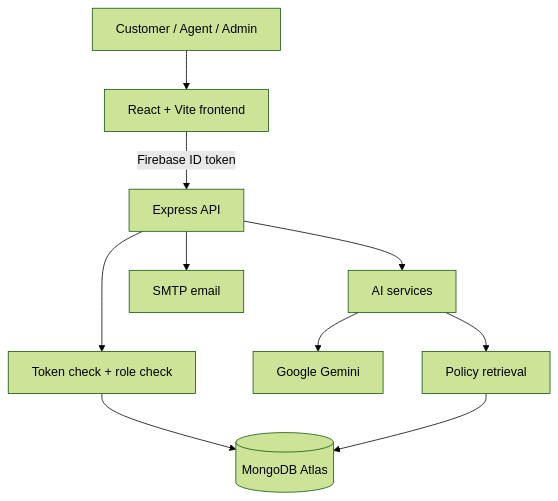
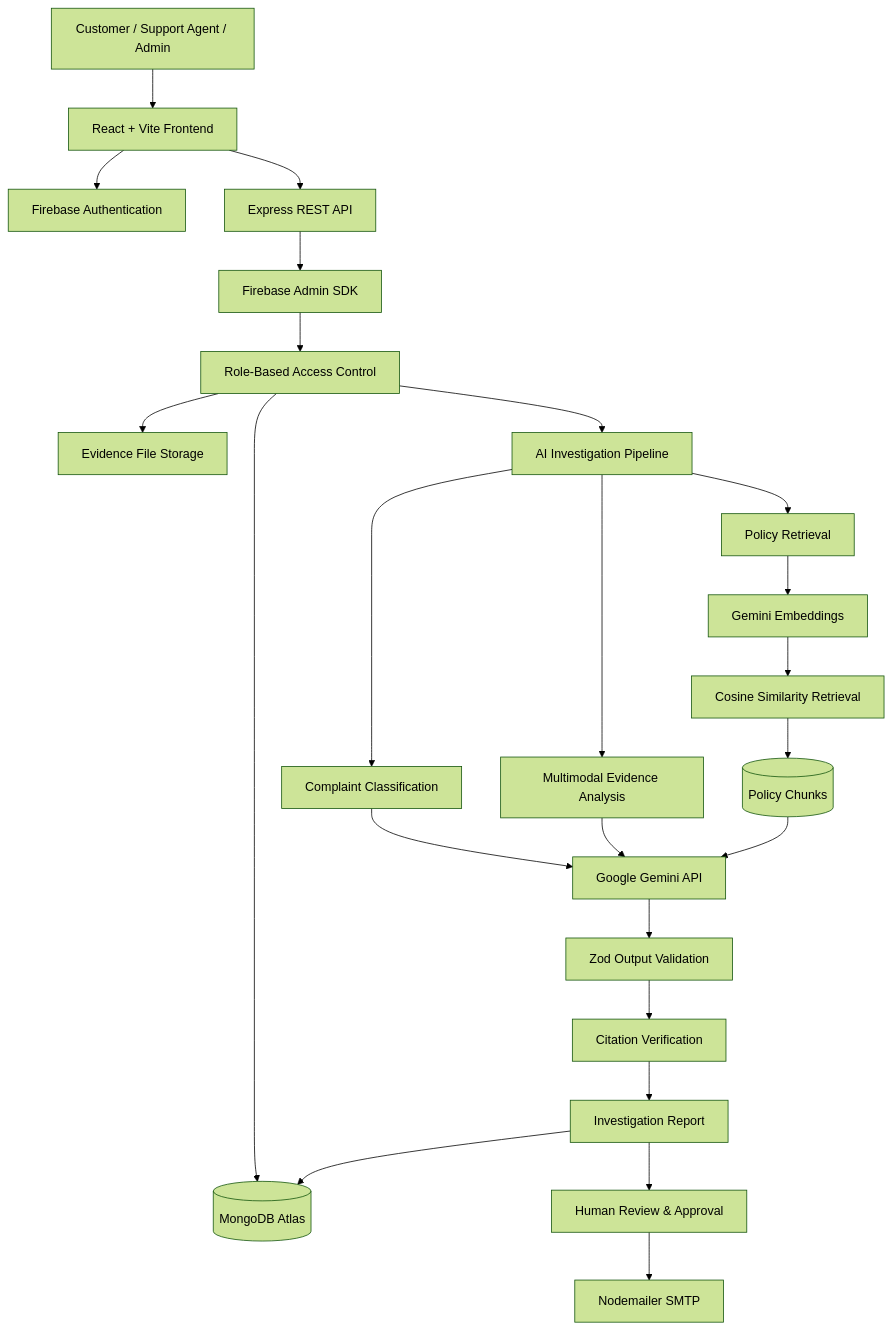
One commit to tripathipalak/Resolve-AI changed the second of 2 diagrams in README.md. Above: the diagram before and after it, drawn with Mermaid (forest theme). The commit also changed other lines of this file, not shown here.

````diff
--- a/README.md
+++ b/README.md
@@ -120,12 +156,38 @@
 ```mermaid
 flowchart TB
-    U[Customer / Agent / Admin] --> FE[React + Vite frontend]
-    FE -->|Firebase ID token| API[Express API]
-    API --> AUTH[Token check + role check]
-    AUTH --> DB[(MongoDB Atlas)]
-    API --> AI[AI services]
-    AI --> GEMINI[Google Gemini]
-    AI --> RET[Policy retrieval]
-    RET --> DB
-    API --> MAIL[SMTP email]
+    U[Customer / Support Agent / Admin]
+
+    U --> FE[React + Vite Frontend]
+
+    FE --> AUTH[Firebase Authentication]
+    FE --> API[Express REST API]
+
+    API --> VERIFY[Firebase Admin SDK]
+    VERIFY --> ROLE[Role-Based Access Control]
+
+    ROLE --> DB[(MongoDB Atlas)]
+    ROLE --> FILES[Evidence File Storage]
+
+    ROLE --> AI[AI Investigation Pipeline]
+
+    AI --> CLASS[Complaint Classification]
+    AI --> EVIDENCE[Multimodal Evidence Analysis]
+    AI --> RET[Policy Retrieval]
+
+    CLASS --> GEMINI[Google Gemini API]
+    EVIDENCE --> GEMINI
+
+    RET --> EMB[Gemini Embeddings]
+    EMB --> COS[Cosine Similarity Retrieval]
+    COS --> POLICY[(Policy Chunks)]
+
+    POLICY --> GEMINI
+
+    GEMINI --> VALIDATE[Zod Output Validation]
+    VALIDATE --> CITATION[Citation Verification]
+    CITATION --> REPORT[Investigation Report]
+
+    REPORT --> DB
+    REPORT --> REVIEW[Human Review & Approval]
+    REVIEW --> EMAIL[Nodemailer SMTP]
 ```
````
